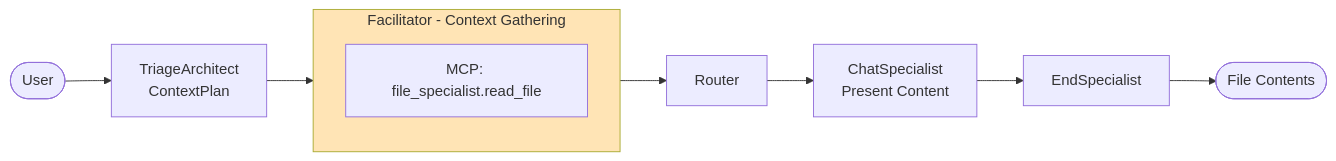
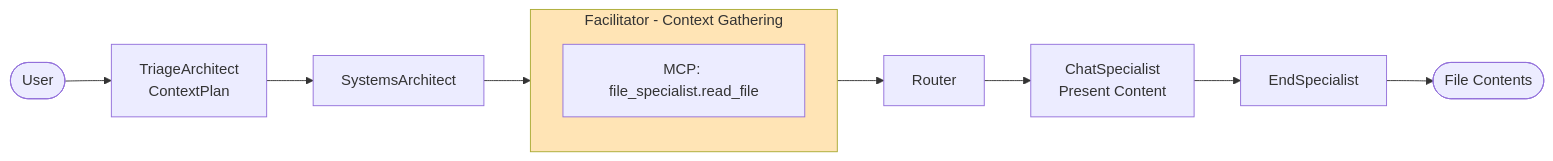
Before and after one commit to shanevcantwell/langgraph-agentic-scaffold: the fourth of 16 diagrams in docs/FLOWS.md, drawn with Mermaid. The commit also changed other lines of this file and 7 other files, not shown here.

First line of the commit message:
docs: update specialist profiles and architecture for #199 pipeline flip

````diff
--- a/docs/FLOWS.md
+++ b/docs/FLOWS.md
@@ -134,17 +145,18 @@
 ```mermaid
 flowchart LR
     User([User]) --> Triage[TriageArchitect<br/>ContextPlan]
-    Triage --> Fac[Facilitator]
+    Triage --> SA[SystemsArchitect]
+    SA --> Fac[Facilitator]
 
     subgraph Fac[Facilitator - Context Gathering]
         direction TB
         MCP1[MCP: file_specialist.read_file]
     end
 
     Fac --> Router[Router]
     Router --> Chat[ChatSpecialist<br/>Present Content]
     Chat --> End[EndSpecialist]
     End --> Response([File Contents])
 
     style Fac fill:#FFE4B5
 ```
````
